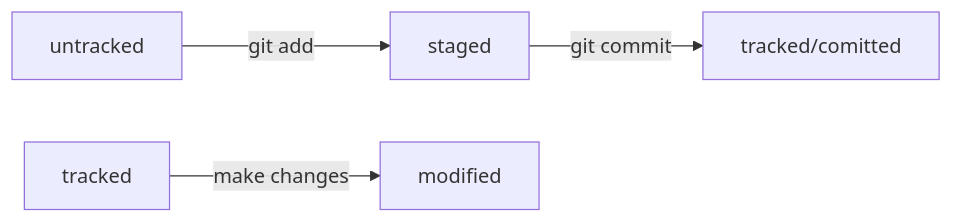
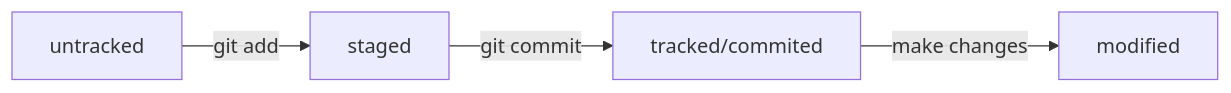
One commit to rayneadm/yapr changed the first of 2 diagrams in README.md. Above: the diagram before and after it, drawn with Mermaid. The commit also changed other lines of this file, not shown here.

Commit message:
feet: Add schem mermaid 2

````diff
--- a/README.md
+++ b/README.md
@@ -154,8 +154,7 @@
 ```mermaid
 %% schem of git files life cycle 
 graph LR;
   untracked -- "git add" --> staged;
-  staged    -- "git commit" --> tracked/comitted;
-  tracked   -- "make changes"--> modified;
-
+  staged    -- "git commit" --> tracked/commited;
+  tracked/commited   -- "make changes"--> modified;
 ```
````
